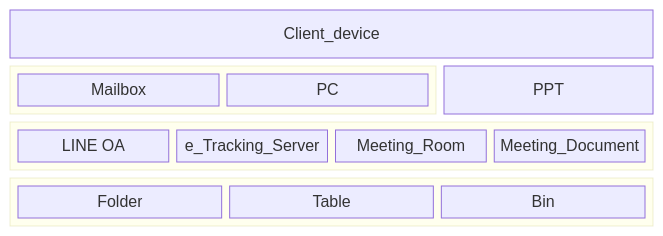
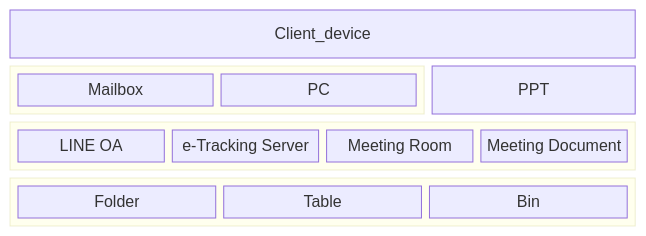
One commit to Kietpawpan/pdpa changed the sixth of 6 diagrams in README.md. Above: the diagram before and after it, drawn with Mermaid. The commit also changed other lines of this file, not shown here.

````diff
--- a/README.md
+++ b/README.md
@@ -123,17 +123,17 @@
 ```mermaid
 block-beta
   columns 3
   Client_device:3
   block:group1:2
     columns 2
     Mailbox PC
   end
   PPT
   block:group2:3
     %% columns auto (default)
-    A["LINE OA"] e_Tracking_Server Meeting_Room Meeting_Document
+    A["LINE OA"] B["e-Tracking Server"] C["Meeting Room"] D["Meeting Document"]
 end
   block:group3:3
   	Folder Table Bin
 end
 ```
````
